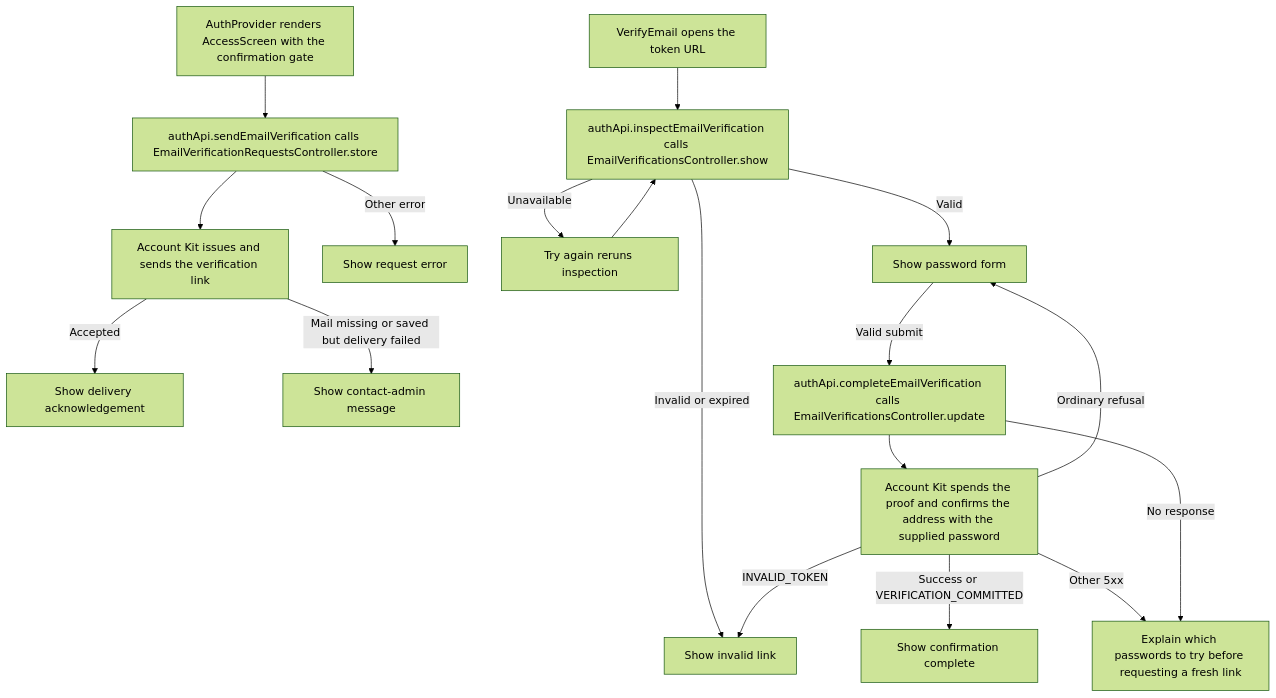
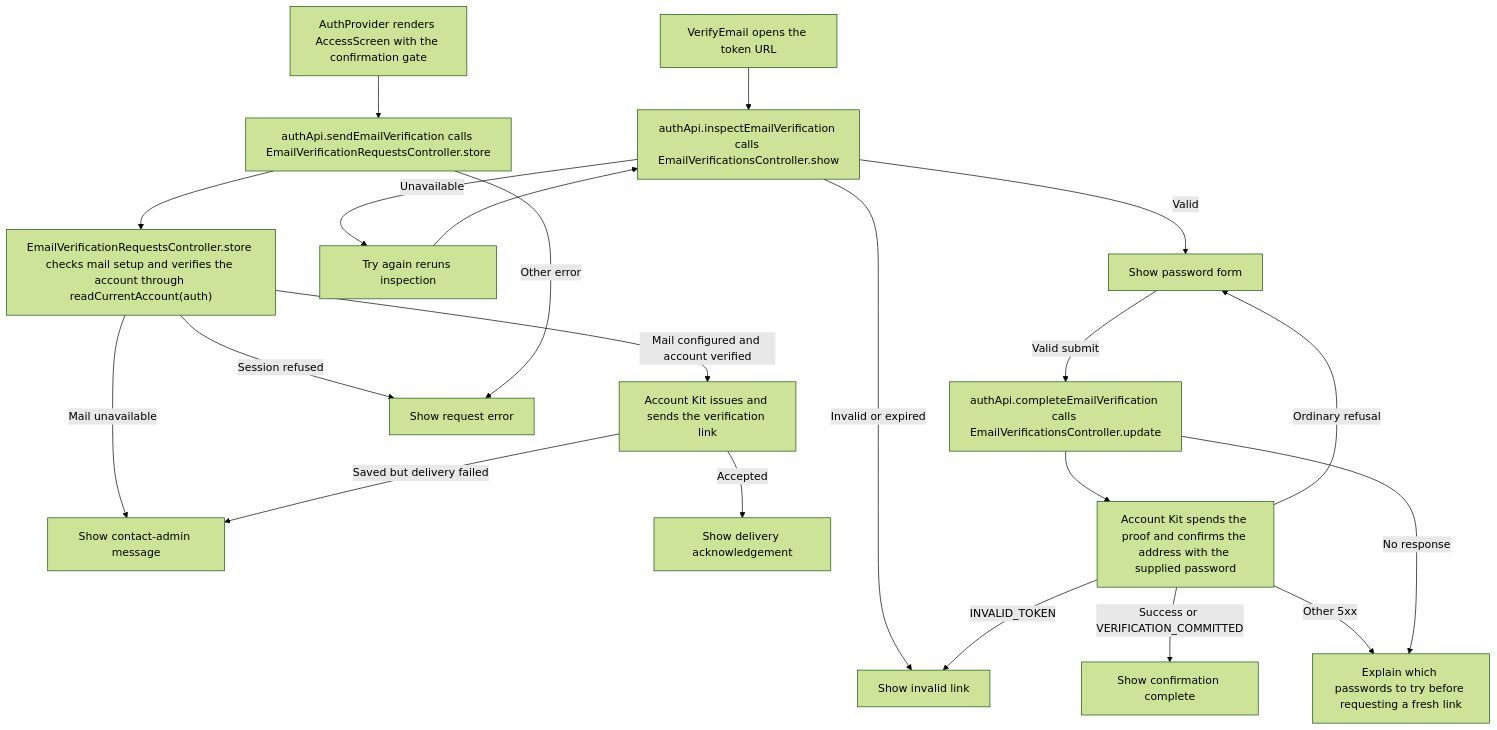
Before and after one commit to Kevinjohn/capacitylens: the second of 2 diagrams in user-stories/account/US-ACCOUNT-07-confirm-email.md, drawn with Mermaid (forest theme). The commit also changed other lines of this file and 26 other files, not shown here.

````diff
--- a/user-stories/account/US-ACCOUNT-07-confirm-email.md
+++ b/user-stories/account/US-ACCOUNT-07-confirm-email.md
@@ -35,20 +35,23 @@
 ```mermaid
 flowchart TD
   gate["AuthProvider renders AccessScreen with the confirmation gate"] --> send["authApi.sendEmailVerification calls EmailVerificationRequestsController.store"]
-  send --> kitMail["Account Kit issues and sends the verification link"]
+  send --> check["EmailVerificationRequestsController.store checks mail setup and verifies the account through readCurrentAccount(auth)"]
+  check -->|Mail configured and account verified| kitMail["Account Kit issues and sends the verification link"]
+  check -->|Mail unavailable| admin
+  check -->|Session refused| sendError
   kitMail -->|Accepted| sent["Show delivery acknowledgement"]
-  kitMail -->|Mail missing or saved but delivery failed| admin["Show contact-admin message"]
+  kitMail -->|Saved but delivery failed| admin["Show contact-admin message"]
   send -->|Other error| sendError["Show request error"]
   link["VerifyEmail opens the token URL"] --> inspect["authApi.inspectEmailVerification calls EmailVerificationsController.show"]
   inspect -->|Unavailable| retry["Try again reruns inspection"]
   retry --> inspect
   inspect -->|Invalid or expired| invalid["Show invalid link"]
   inspect -->|Valid| form["Show password form"]
   form -->|Valid submit| complete["authApi.completeEmailVerification calls EmailVerificationsController.update"]
   complete --> kit["Account Kit spends the proof and confirms the address with the supplied password"]
   kit -->|Success or VERIFICATION_COMMITTED| done["Show confirmation complete"]
   kit -->|INVALID_TOKEN| invalid
   kit -->|Ordinary refusal| form
   kit -->|Other 5xx| uncertain["Explain which passwords to try before requesting a fresh link"]
   complete -->|No response| uncertain
 ```
````
